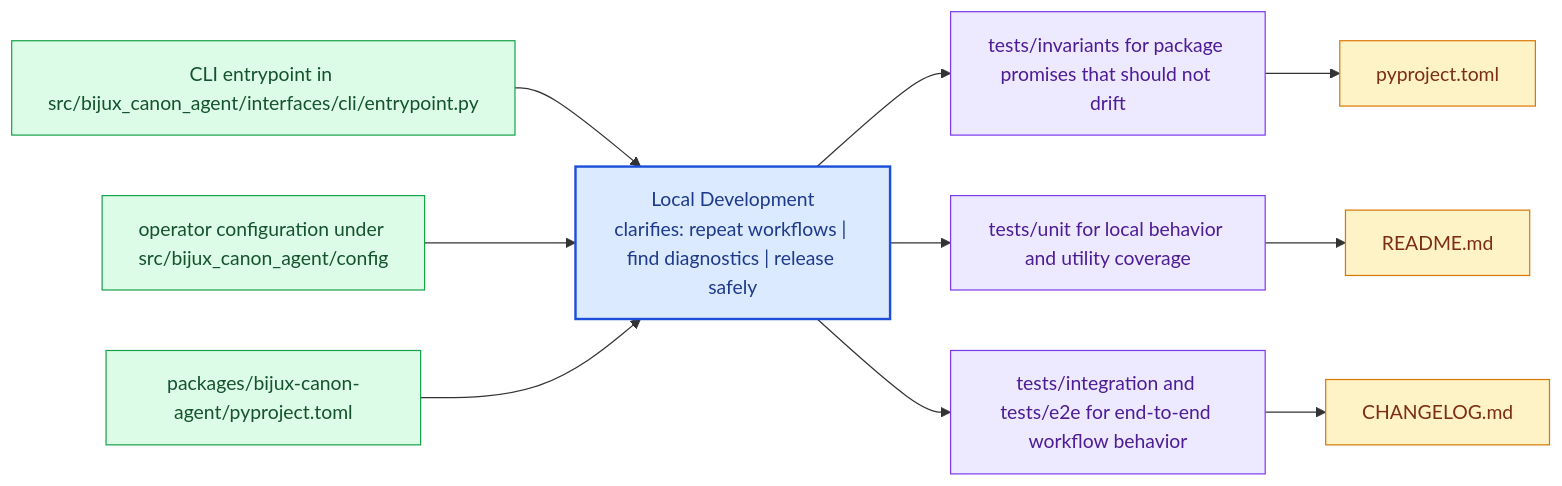
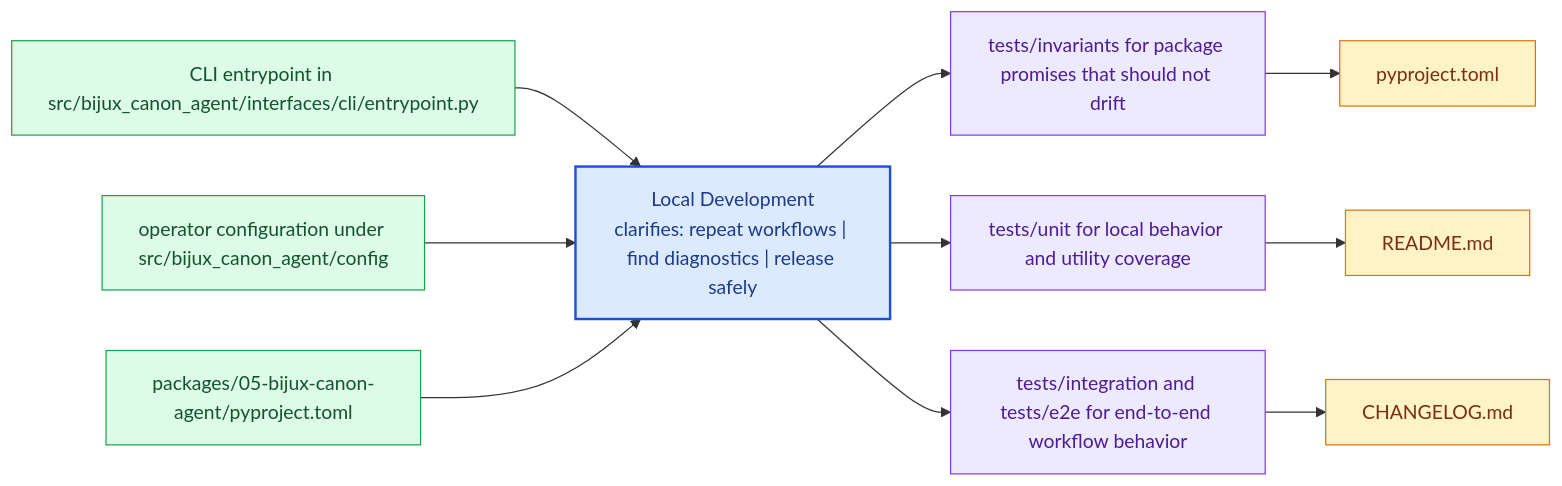
Before and after one commit to bijux/bijux-canon: the diagram in docs/05-bijux-canon-agent/operations/local-development.md, drawn with Mermaid. The commit also changed other lines of this file and 167 other files, not shown here.

````diff
--- a/docs/05-bijux-canon-agent/operations/local-development.md
+++ b/docs/05-bijux-canon-agent/operations/local-development.md
@@ -23,31 +23,31 @@
 ```mermaid
 flowchart LR
     page["Local Development<br/>clarifies: repeat workflows | find diagnostics | release safely"]
     classDef page fill:#dbeafe,stroke:#1d4ed8,color:#1e3a8a,stroke-width:2px;
     classDef positive fill:#dcfce7,stroke:#16a34a,color:#14532d;
     classDef caution fill:#fee2e2,stroke:#dc2626,color:#7f1d1d;
     classDef anchor fill:#ede9fe,stroke:#7c3aed,color:#4c1d95;
     classDef action fill:#fef3c7,stroke:#d97706,color:#7c2d12;
     step1["CLI entrypoint in src/bijux_canon_agent/interfaces/cli/entrypoint.py"]
     step1 --> page
     step2["operator configuration under src/bijux_canon_agent/config"]
     step2 --> page
-    step3["packages/bijux-canon-agent/pyproject.toml"]
+    step3["packages/05-bijux-canon-agent/pyproject.toml"]
     step3 --> page
     run1["tests/invariants for package promises that should not drift"]
     page --> run1
     run2["tests/unit for local behavior and utility coverage"]
     page --> run2
     run3["tests/integration and tests/e2e for end-to-end workflow behavior"]
     page --> run3
     release1["pyproject.toml"]
     run1 --> release1
     release2["README.md"]
     run2 --> release2
     release3["CHANGELOG.md"]
     run3 --> release3
     class page page;
     class step1,step2,step3 positive;
     class run1,run2,run3 anchor;
     class release1,release2,release3 action;
 ```
````
